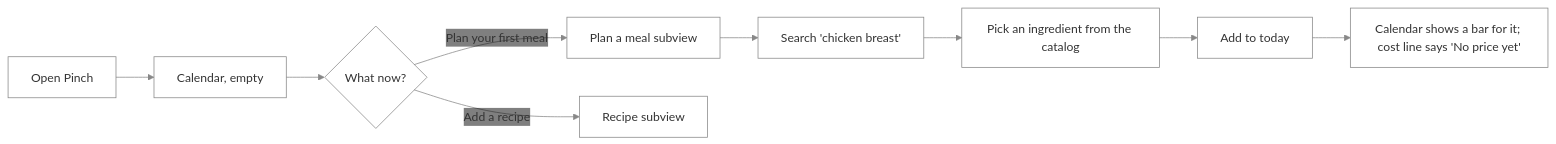
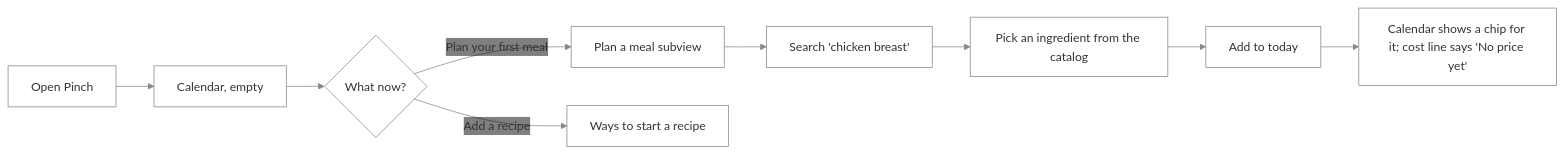
Before and after one commit to NovaMoonX/moondreams-dev-apps: diagram 25 of 31 in src/apps/pinch/UX.md, drawn with Mermaid. The commit also changed other lines of this file and 206 other files, not shown here.

First line of the commit message:
Pinch redesign: warmer look, four ways to add a recipe, calendar views, kitchen filters (#344)

````diff
--- a/src/apps/pinch/UX.md
+++ b/src/apps/pinch/UX.md
@@ -714,7 +831,7 @@
 ```mermaid
 %%{init: {'theme': 'base', 'themeVariables': {'primaryColor': 'transparent', 'clusterBkg': 'transparent', 'primaryBorderColor': '#888888', 'clusterBorder': '#888888', 'lineColor': '#888888', 'primaryTextColor': '#333333'}}}%%
 flowchart LR
     A[Open Pinch] --> B["Calendar, empty"] --> C{"What now?"}
-    C -->|Plan your first meal| D["Plan a meal subview"] --> E["Search 'chicken breast'"] --> F["Pick an ingredient from the catalog"] --> G["Add to today"] --> H["Calendar shows a bar for it; cost line says 'No price yet'"]
-    C -->|Add a recipe| I["Recipe subview"]
+    C -->|Plan your first meal| D["Plan a meal subview"] --> E["Search 'chicken breast'"] --> F["Pick an ingredient from the catalog"] --> G["Add to today"] --> H["Calendar shows a chip for it; cost line says 'No price yet'"]
+    C -->|Add a recipe| I["Ways to start a recipe"]
 ```
````
